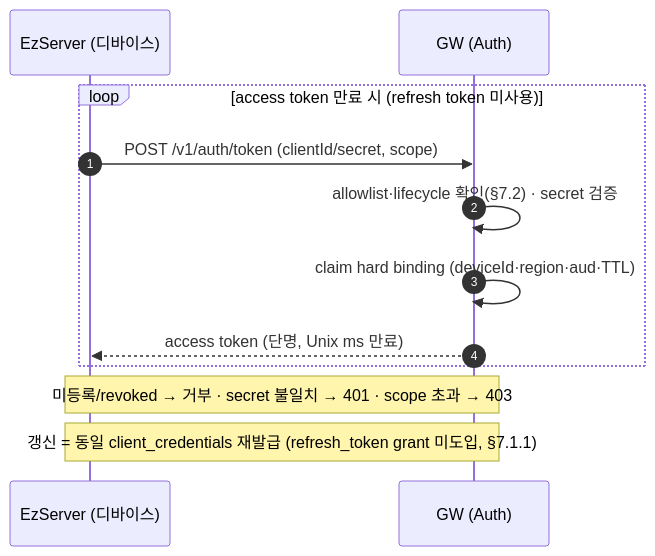
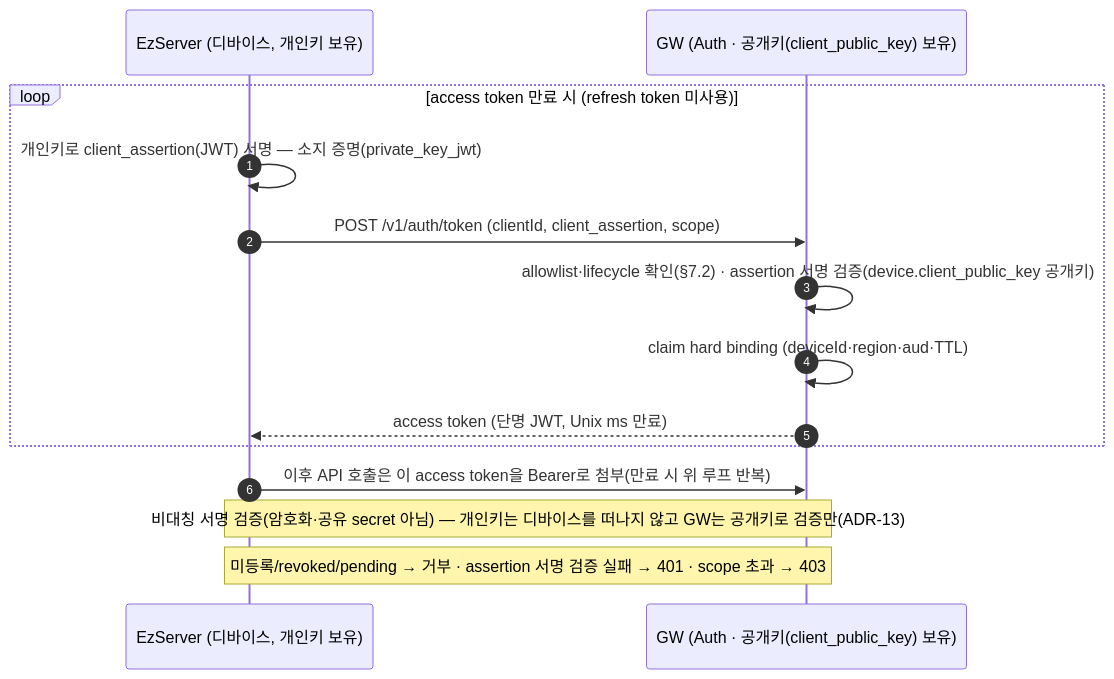
One commit to gracegyu/scp-architecture changed the ninth of 17 diagrams in docs/VT_API_Gateway/08.VT_API_Gateway/specs/03-srs-gateway/SRS.md. Above: the diagram before and after it, drawn with Mermaid. The commit also changed other lines of this file and 7 other files, not shown here.

Commit message:
문서 업데이트: VT API Gateway의 SRS 문서에서 디바이스 인증 방식을 비대칭 `private_key_jwt`로 변경하고, 관련된 DBML 및 OpenAPI 문서에서 공개키(clientPublicKey) 검증 절차를 명확히 하였습니다. 또한, enrollment 프로세스에서 fingerprint를 client_public_key로 리네이밍하고, credential 및 token 테이블을 삭제하여 데이터 모델의 일관성을 강화하였습니다.

````diff
--- a/docs/VT_API_Gateway/08.VT_API_Gateway/specs/03-srs-gateway/SRS.md
+++ b/docs/VT_API_Gateway/08.VT_API_Gateway/specs/03-srs-gateway/SRS.md
@@ -520,14 +521,16 @@
 ```mermaid
 sequenceDiagram
     autonumber
-    participant D as EzServer (디바이스)
-    participant GW as GW (Auth)
+    participant D as EzServer (디바이스, 개인키 보유)
+    participant GW as GW (Auth · 공개키(client_public_key) 보유)
     loop access token 만료 시 (refresh token 미사용)
-        D->>GW: POST /v1/auth/token (clientId/secret, scope)
-        GW->>GW: allowlist·lifecycle 확인(§7.2) · secret 검증
+        D->>D: 개인키로 client_assertion(JWT) 서명 — 소지 증명(private_key_jwt)
+        D->>GW: POST /v1/auth/token (clientId, client_assertion, scope)
+        GW->>GW: allowlist·lifecycle 확인(§7.2) · assertion 서명 검증(device.client_public_key 공개키)
         GW->>GW: claim hard binding (deviceId·region·aud·TTL)
-        GW-->>D: access token (단명, Unix ms 만료)
+        GW-->>D: access token (단명 JWT, Unix ms 만료)
     end
-    Note over D,GW: 미등록/revoked → 거부 · secret 불일치 → 401 · scope 초과 → 403
-    Note over D,GW: 갱신 = 동일 client_credentials 재발급 (refresh_token grant 미도입, §7.1.1)
+    D->>GW: 이후 API 호출은 이 access token을 Bearer로 첨부(만료 시 위 루프 반복)
+    Note over D,GW: 비대칭 서명 검증(암호화·공유 secret 아님) — 개인키는 디바이스를 떠나지 않고 GW는 공개키로 검증만(ADR-13)
+    Note over D,GW: 미등록/revoked/pending → 거부 · assertion 서명 검증 실패 → 401 · scope 초과 → 403
 ```
````
